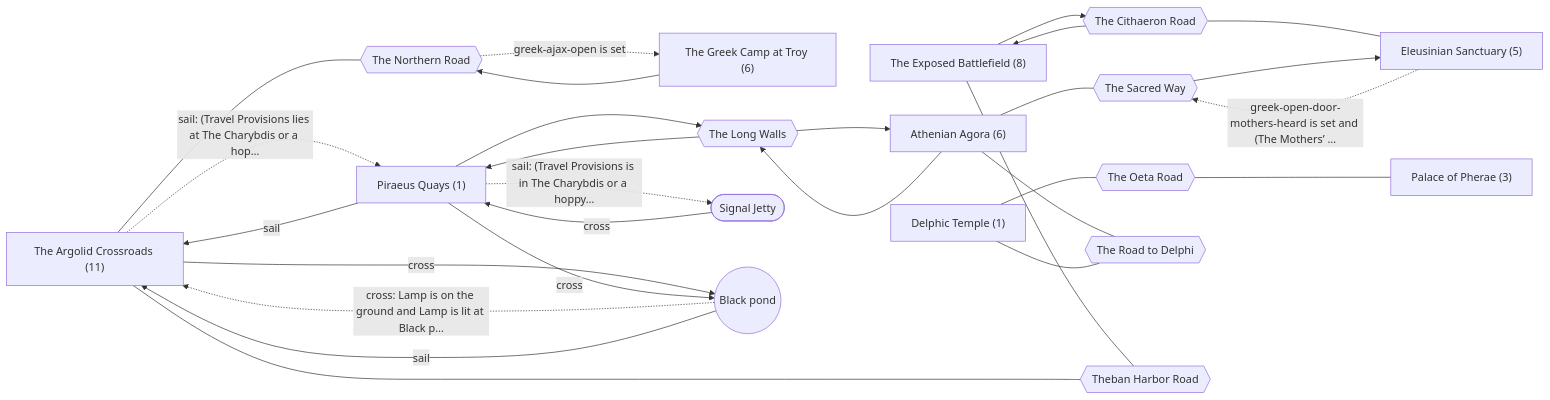
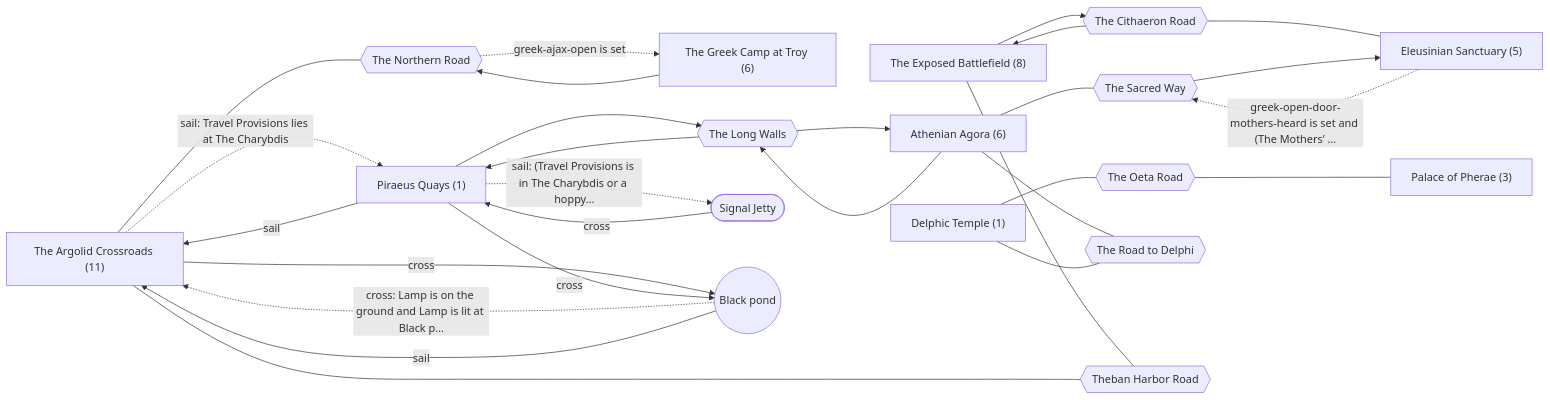
The first of 14 diagrams in docs/maps/greek-drama.md (cenetex/cosyworld), drawn with Mermaid before and after one commit. The commit also changed other lines of this file and 34 other files, not shown here.

First line of the commit message:
Greek audit fixes: Attica is simply there, Dione's door needs no Marathon, only provisions open harbor to Piraeus

````diff
--- a/docs/maps/greek-drama.md
+++ b/docs/maps/greek-drama.md
@@ -14,47 +14,47 @@
 ```mermaid
 flowchart LR
   n_d_greek_argolid_road["The Argolid Crossroads (11)"]
   n_d_greek_athens["Athenian Agora (6)"]
   n_d_greek_battlefield["The Exposed Battlefield (8)"]
   n_d_greek_delphi["Delphic Temple (1)"]
   n_d_greek_eleusis["Eleusinian Sanctuary (5)"]
   n_d_greek_greek_camp["The Greek Camp at Troy (6)"]
   n_d_greek_pherae["Palace of Pherae (3)"]
   n_d_greek_piraeus["Piraeus Quays (1)"]
   n_greek_cithaeron{{"The Cithaeron Road"}}
   n_greek_oeta{{"The Oeta Road"}}
   n_greek_road_athens_eleusis{{"The Sacred Way"}}
   n_greek_road_athens_piraeus{{"The Long Walls"}}
   n_greek_road_north{{"The Northern Road"}}
   n_greek_road_sacred_way{{"The Road to Delphi"}}
   n_greek_road_thebes{{"Theban Harbor Road"}}
   n_hoppycat_signal_jetty(["Signal Jetty"])
   n_pond(("Black pond"))
   n_d_greek_greek_camp --> n_greek_road_north
   n_d_greek_athens --- n_greek_road_athens_eleusis
   n_d_greek_athens --> n_greek_road_athens_piraeus
   n_d_greek_athens --- n_greek_road_sacred_way
   n_d_greek_battlefield --> n_greek_cithaeron
   n_greek_cithaeron --> n_d_greek_battlefield
   n_greek_cithaeron --- n_d_greek_eleusis
   n_d_greek_battlefield --- n_greek_road_thebes
   n_d_greek_delphi --- n_greek_oeta
   n_d_greek_delphi --- n_greek_road_sacred_way
   n_d_greek_eleusis -. "greek-open-door-mothers-heard is set and (The Mothers’ …" .-> n_greek_road_athens_eleusis
-  n_d_greek_argolid_road -. "sail: (Travel Provisions lies at The Charybdis or a hop…" .-> n_d_greek_piraeus
+  n_d_greek_argolid_road -. "sail: Travel Provisions lies at The Charybdis" .-> n_d_greek_piraeus
   n_d_greek_argolid_road --- n_greek_road_north
   n_d_greek_argolid_road --- n_greek_road_thebes
   n_d_greek_argolid_road -- "cross" --> n_pond
   n_greek_oeta --- n_d_greek_pherae
   n_d_greek_piraeus -- "sail" --> n_d_greek_argolid_road
   n_d_greek_piraeus --> n_greek_road_athens_piraeus
   n_d_greek_piraeus -. "sail: (Travel Provisions is in The Charybdis or a hoppy…" .-> n_hoppycat_signal_jetty
   n_d_greek_piraeus -- "cross" --> n_pond
   n_greek_road_athens_eleusis --> n_d_greek_eleusis
   n_greek_road_athens_piraeus --> n_d_greek_athens
   n_greek_road_athens_piraeus --> n_d_greek_piraeus
   n_greek_road_north -. "greek-ajax-open is set" .-> n_d_greek_greek_camp
   n_hoppycat_signal_jetty -- "cross" --> n_d_greek_piraeus
   n_pond -. "cross: Lamp is on the ground and Lamp is lit at Black p…" .-> n_d_greek_argolid_road
   n_pond -- "sail" --> n_d_greek_argolid_road
 ```
````
